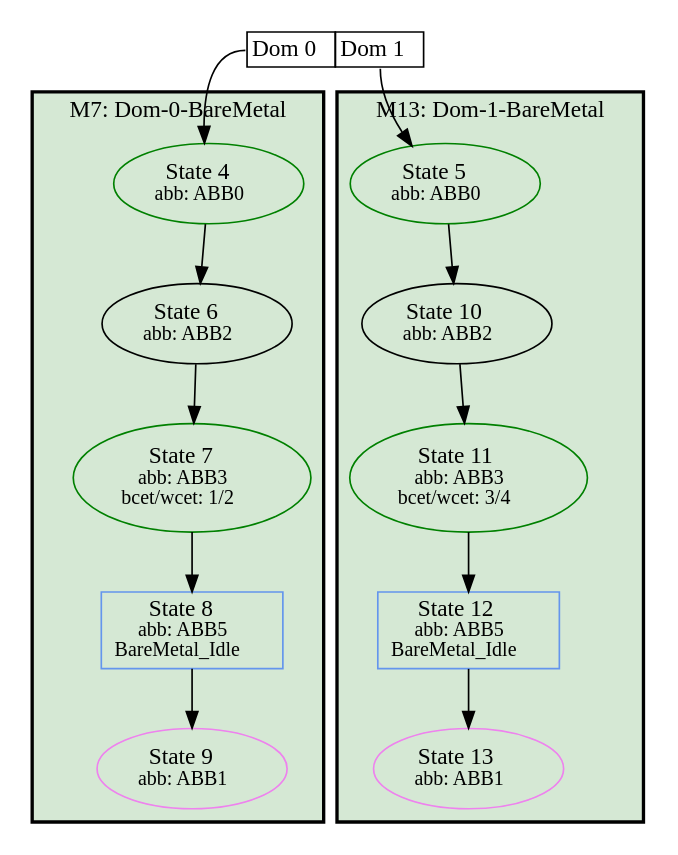
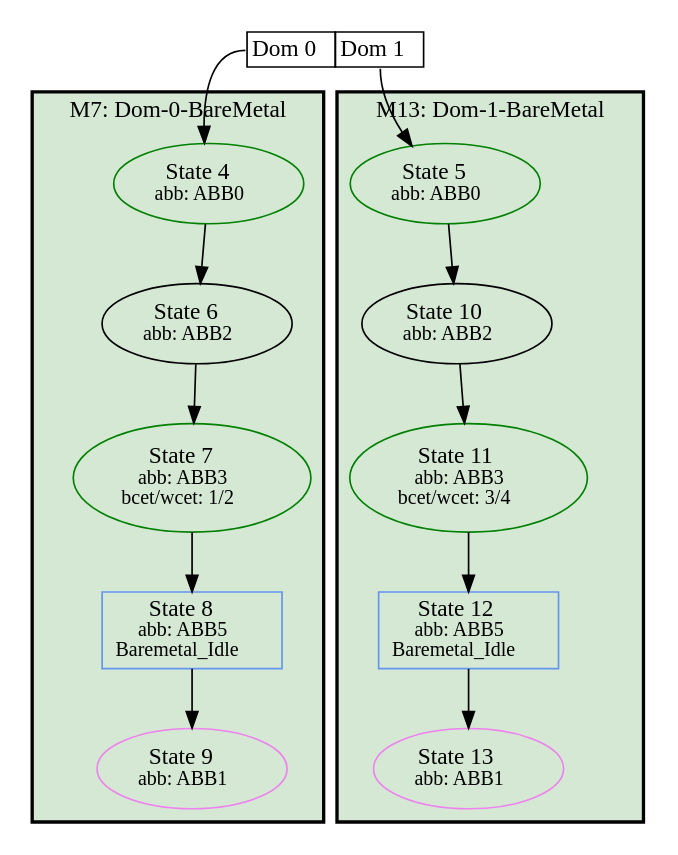
One commit to luhsra/ara changed the diagram in appl/Xen/min-baremetal/HyperSSE.min-baremetal.hstg.dot. Above: the diagram before and after it, drawn with Graphviz. The commit also changed 5 other files, not shown here.

Commit message:
Testsuite: update min graphs

```diff
--- a/appl/Xen/min-baremetal/HyperSSE.min-baremetal.hstg.dot
+++ b/appl/Xen/min-baremetal/HyperSSE.min-baremetal.hstg.dot
@@ -1,36 +1,36 @@
 digraph G {
 label="";
 1 [label=<<TABLE BORDER="0" CELLBORDER="1" CELLSPACING="0"><TR><TD PORT="c0">Dom 0</TD><TD PORT="c1">Dom 1</TD></TR></TABLE>>, shape=plaintext, tooltip=1];
 subgraph cluster_7 {
 bgcolor="#D5E8D4";
 label="M7: Dom-0-BareMetal";
 style=bold;
 2 [color=green, fontsize=14, label=<State 4<br/><font point-size='12'>abb: ABB0</font>>, style=solid, tooltip=2];
 3 [fontsize=14, label=<State 6<br/><font point-size='12'>abb: ABB2</font>>, tooltip=3];
 4 [color=green, fontsize=14, label=<State 7<br/><font point-size='12'>abb: ABB3<br/>bcet/wcet: 1/2</font>>, style=solid, tooltip=4];
-5 [color=cornflowerblue, fontsize=14, label=<State 8<br/><font point-size='12'>abb: ABB5<br/>BareMetal_Idle</font>>, shape=box, tooltip=5];
+5 [color=cornflowerblue, fontsize=14, label=<State 8<br/><font point-size='12'>abb: ABB5<br/>Baremetal_Idle</font>>, shape=box, tooltip=5];
 6 [color=violet, fontsize=14, label=<State 9<br/><font point-size='12'>abb: ABB1</font>>, style=solid, tooltip=6];
 }
 
 subgraph cluster_13 {
 bgcolor="#D5E8D4";
 label="M13: Dom-1-BareMetal";
 style=bold;
 8 [color=green, fontsize=14, label=<State 5<br/><font point-size='12'>abb: ABB0</font>>, style=solid, tooltip=8];
 9 [fontsize=14, label=<State 10<br/><font point-size='12'>abb: ABB2</font>>, tooltip=9];
 10 [color=green, fontsize=14, label=<State 11<br/><font point-size='12'>abb: ABB3<br/>bcet/wcet: 3/4</font>>, style=solid, tooltip=10];
-11 [color=cornflowerblue, fontsize=14, label=<State 12<br/><font point-size='12'>abb: ABB5<br/>BareMetal_Idle</font>>, shape=box, tooltip=11];
+11 [color=cornflowerblue, fontsize=14, label=<State 12<br/><font point-size='12'>abb: ABB5<br/>Baremetal_Idle</font>>, shape=box, tooltip=11];
 12 [color=violet, fontsize=14, label=<State 13<br/><font point-size='12'>abb: ABB1</font>>, style=solid, tooltip=12];
 }
 
 1:c0 -> 2  [color=black];
 1:c1 -> 8  [color=black];
 2 -> 3  [color=black];
 3 -> 4  [color=black];
 4 -> 5  [color=black];
 5 -> 6  [color=black];
 8 -> 9  [color=black];
 9 -> 10  [color=black];
 10 -> 11  [color=black];
 11 -> 12  [color=black];
 }
```
